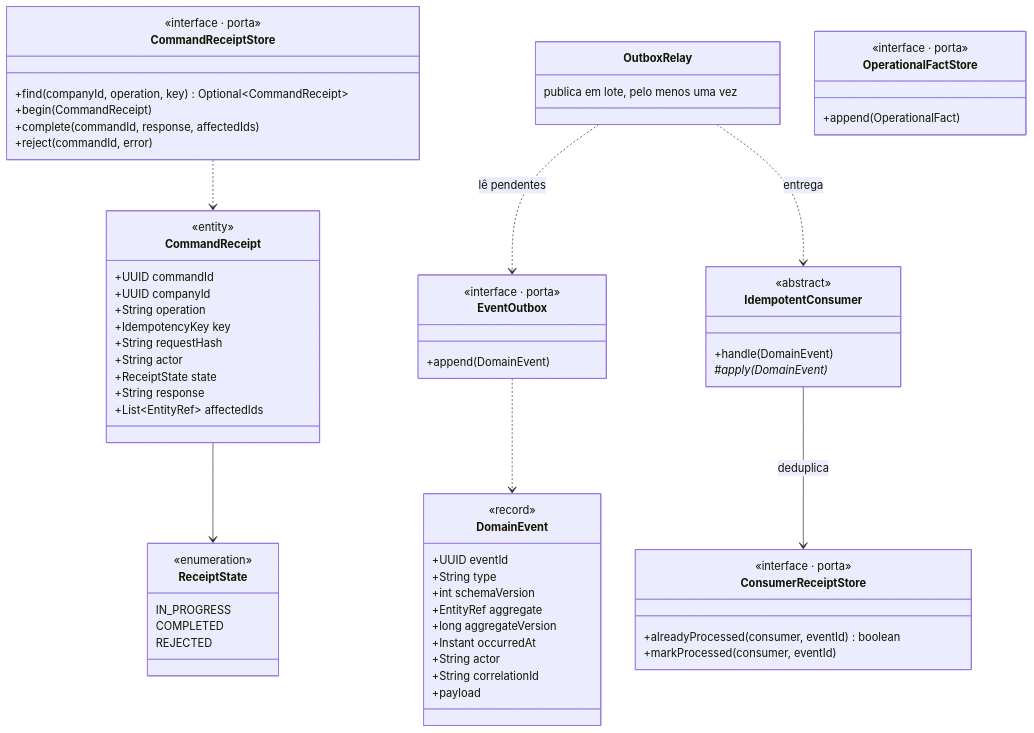
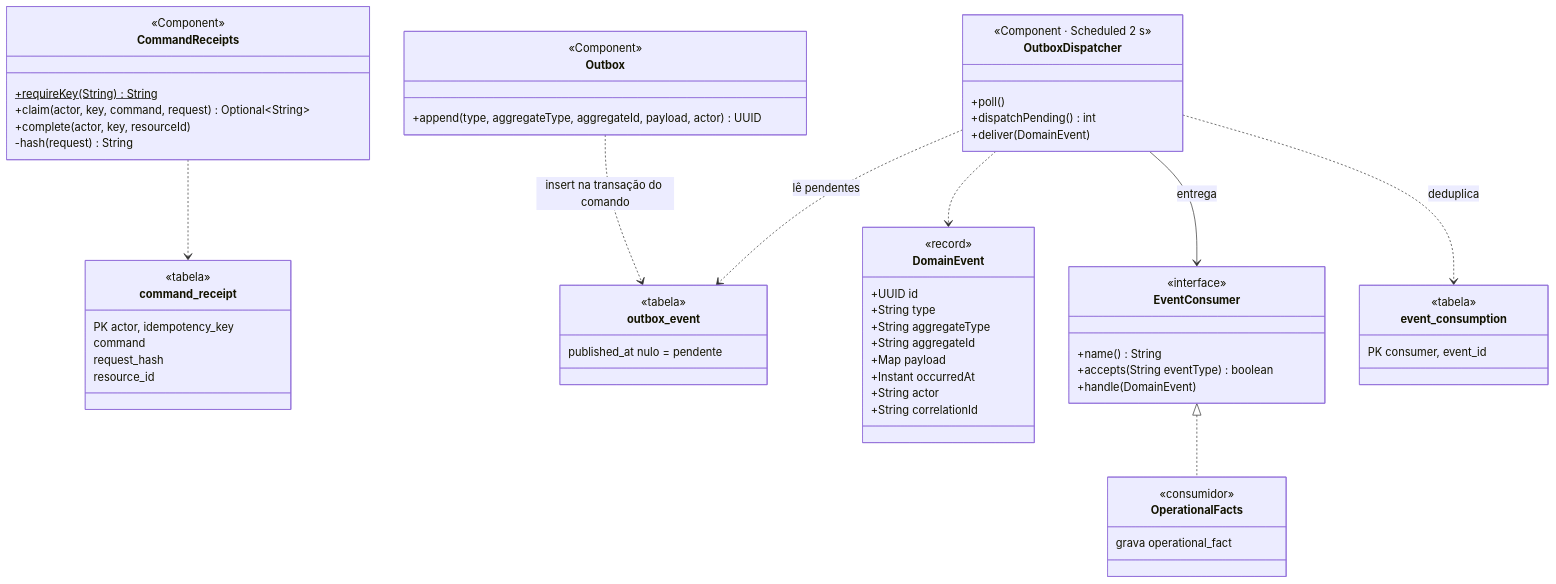
One commit to edsoncorralxxx-ui/ERP changed the ninth of 16 diagrams in docs/backend/17-diagramas-de-classes-e-padroes.md. Above: the diagram before and after it, drawn with Mermaid. The commit also changed other lines of this file and 8 other files, not shown here.

First line of the commit message:
Diagramas atualizados para a Sprint 2 e diagramas do sistema completo

````diff
--- a/docs/backend/17-diagramas-de-classes-e-padroes.md
+++ b/docs/backend/17-diagramas-de-classes-e-padroes.md
@@ -380,67 +702,63 @@
 ```mermaid
 classDiagram
-    class CommandReceiptStore {
-        <<interface · porta>>
-        +find(companyId, operation, key) Optional~CommandReceipt~
-        +begin(CommandReceipt)
-        +complete(commandId, response, affectedIds)
-        +reject(commandId, error)
+    class CommandReceipts {
+        <<Component>>
+        +requireKey(String)$ String
+        +claim(actor, key, command, request) Optional~String~
+        +complete(actor, key, resourceId)
+        -hash(request) String
     }
-    class CommandReceipt {
-        <<entity>>
-        +UUID commandId
-        +UUID companyId
-        +String operation
-        +IdempotencyKey key
-        +String requestHash
-        +String actor
-        +ReceiptState state
-        +String response
-        +List~EntityRef~ affectedIds
+    class command_receipt {
+        <<tabela>>
+        PK actor, idempotency_key
+        command
+        request_hash
+        resource_id
     }
-    class ReceiptState {
-        <<enumeration>>
-        IN_PROGRESS
-        COMPLETED
-        REJECTED
-    }
-    class EventOutbox {
-        <<interface · porta>>
-        +append(DomainEvent)
+    class Outbox {
+        <<Component>>
+        +append(type, aggregateType, aggregateId, payload, actor) UUID
     }
     class DomainEvent {
         <<record>>
-        +UUID eventId
+        +UUID id
         +String type
-        +int schemaVersion
-        +EntityRef aggregate
-        +long aggregateVersion
+        +String aggregateType
+        +String aggregateId
+        +Map payload
         +Instant occurredAt
         +String actor
         +String correlationId
-        +payload
     }
-    class OutboxRelay {
-        publica em lote, pelo menos uma vez
+    class OutboxDispatcher {
+        <<Component · Scheduled 2 s>>
+        +poll()
+        +dispatchPending() int
+        +deliver(DomainEvent)
     }
-    class ConsumerReceiptStore {
-        <<interface · porta>>
-        +alreadyProcessed(consumer, eventId) boolean
-        +markProcessed(consumer, eventId)
+    class EventConsumer {
+        <<interface>>
+        +name() String
+        +accepts(String eventType) boolean
+        +handle(DomainEvent)
     }
-    class IdempotentConsumer {
-        <<abstract>>
-        +handle(DomainEvent)
-        #apply(DomainEvent)*
+    class OperationalFacts {
+        <<consumidor>>
+        grava operational_fact
     }
-    class OperationalFactStore {
-        <<interface · porta>>
-        +append(OperationalFact)
+    class outbox_event {
+        <<tabela>>
+        published_at nulo = pendente
     }
-    CommandReceiptStore ..> CommandReceipt
-    CommandReceipt --> ReceiptState
-    EventOutbox ..> DomainEvent
-    OutboxRelay ..> EventOutbox : lê pendentes
-    OutboxRelay ..> IdempotentConsumer : entrega
-    IdempotentConsumer --> ConsumerReceiptStore : deduplica
+    class event_consumption {
+        <<tabela>>
+        PK consumer, event_id
+    }
+    CommandReceipts ..> command_receipt
+    Outbox ..> outbox_event : insert na transação do comando
+    OutboxDispatcher ..> outbox_event : lê pendentes
+    OutboxDispatcher ..> DomainEvent
+    OutboxDispatcher --> EventConsumer : entrega
+    OutboxDispatcher ..> event_consumption : deduplica
+    EventConsumer <|.. OperationalFacts
 ```
````
